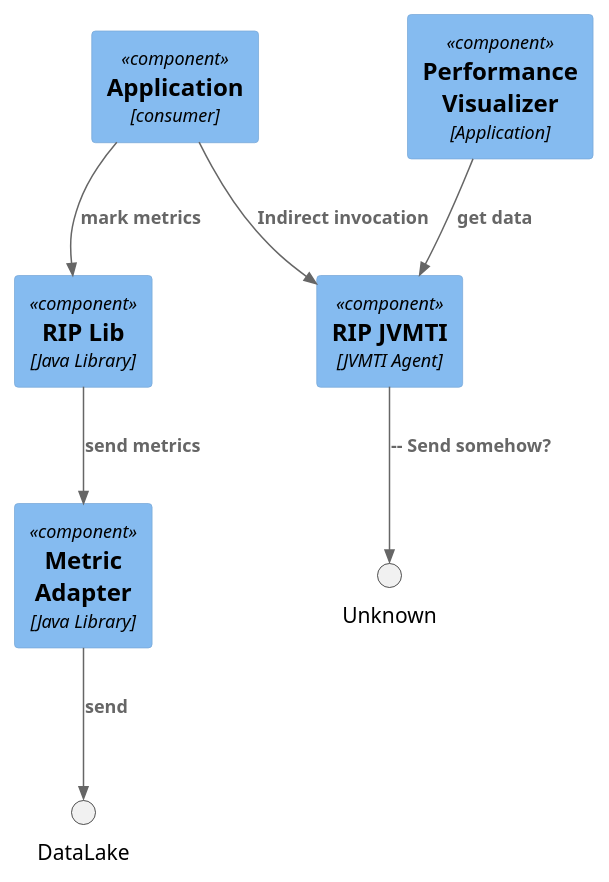
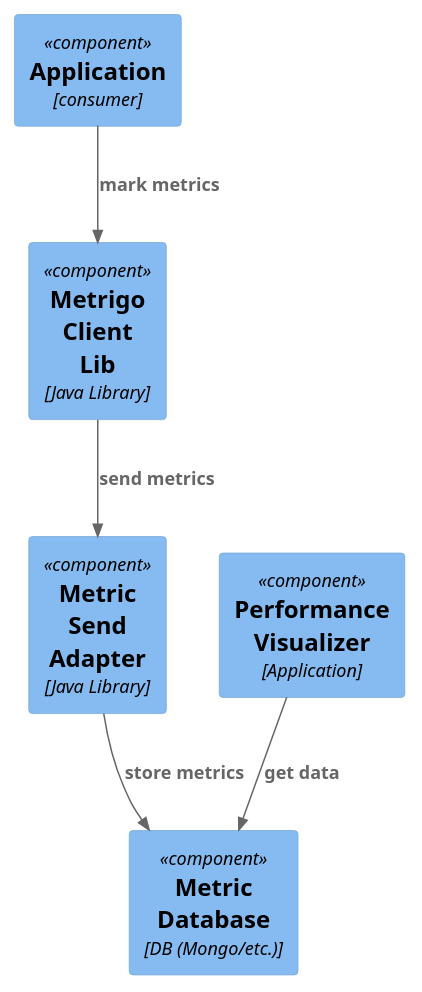
One commit to gordotango/metrigo changed the diagram in documentation/diagrams/overview.puml. Above: the diagram before and after it, drawn with PlantUML. The commit also changed 14 other files, not shown here.

```diff
--- a/documentation/diagrams/overview.puml
+++ b/documentation/diagrams/overview.puml
@@ -1,18 +1,16 @@
 @startuml
 
 !include <C4/C4_Component>
 
 Component(App, "Application", "consumer")
-Component(RipLib, "RIP Lib", "Java Library")
-Component(MetricAdapter, "Metric\nAdapter", "Java Library")
-Component(Rip_JVMTI, "RIP JVMTI", "JVMTI Agent")
-Component(Rip_PerfViz, "Performance\nVisualizer", "Application")
+Component(MetrigoClient, "Metrigo\nClient\nLib", "Java Library")
+Component(MetricAdapter, "Metric\nSend\nAdapter", "Java Library")
+Component(MetricDB, "Metric\nDatabase", "DB (Mongo/etc.)")
+Component(Metrigo_PerfViz, "Performance\nVisualizer", "Application")
 
-Rel(App, RipLib, "mark metrics")
-Rel(RipLib, MetricAdapter, "send metrics")
-Rel(App, Rip_JVMTI, "Indirect invocation")
-Rel(Rip_JVMTI, Unknown, "-- Send somehow?")
-Rel(Rip_PerfViz, Rip_JVMTI, "get data")
-Rel(MetricAdapter, DataLake, "send")
+Rel(App, MetrigoClient, "mark metrics")
+Rel(MetrigoClient, MetricAdapter, "send metrics")
+Rel(MetricAdapter, MetricDB, "store metrics")
+Rel(Metrigo_PerfViz, MetricDB, "get data")
 
 @enduml
```
